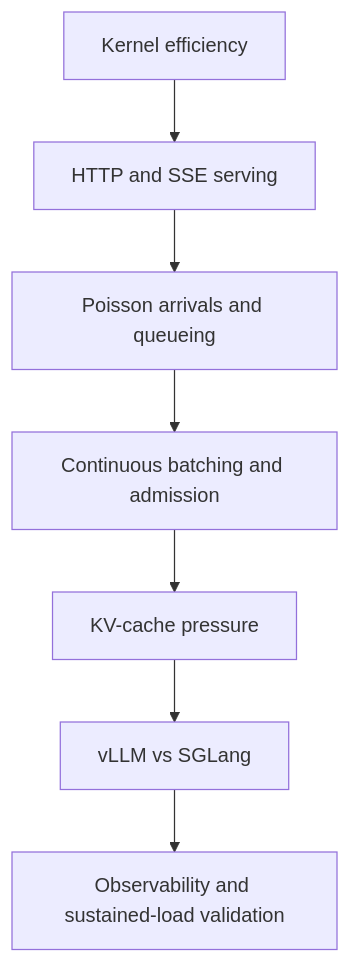
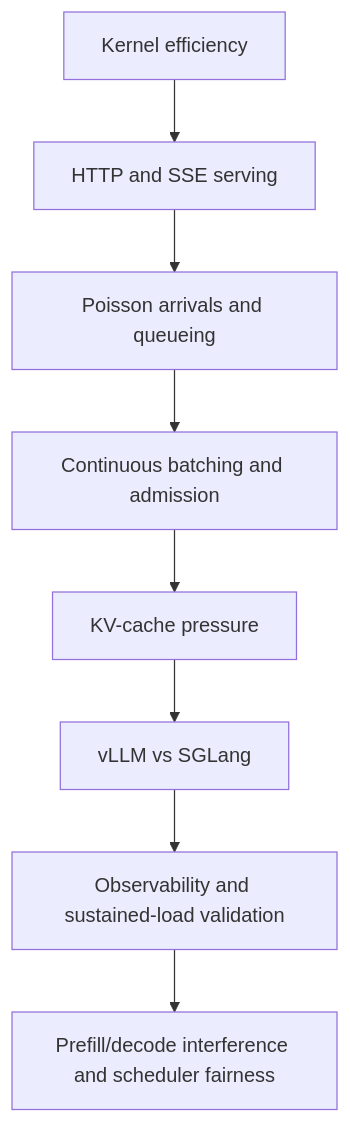
Before and after one commit to XianghaoKong/llm-serving-systems-lab: the first of 2 diagrams in README.md, drawn with Mermaid. The commit also changed other lines of this file and 12 other files, not shown here.

````diff
--- a/README.md
+++ b/README.md
@@ -37,9 +40,10 @@
 ```mermaid
 flowchart TD
     A["Kernel efficiency"] --> B["HTTP and SSE serving"]
     B --> C["Poisson arrivals and queueing"]
     C --> D["Continuous batching and admission"]
     D --> E["KV-cache pressure"]
     E --> F["vLLM vs SGLang"]
     F --> G["Observability and sustained-load validation"]
+    G --> H["Prefill/decode interference and scheduler fairness"]
 ```
````
